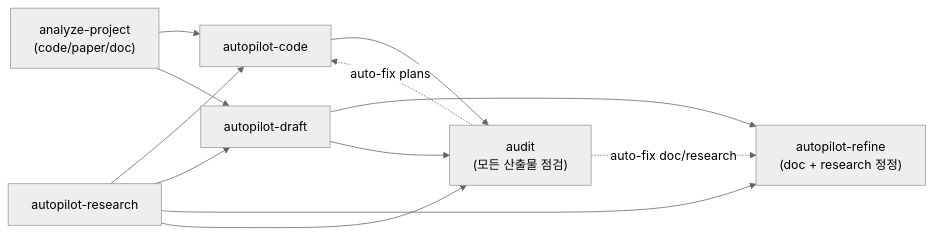
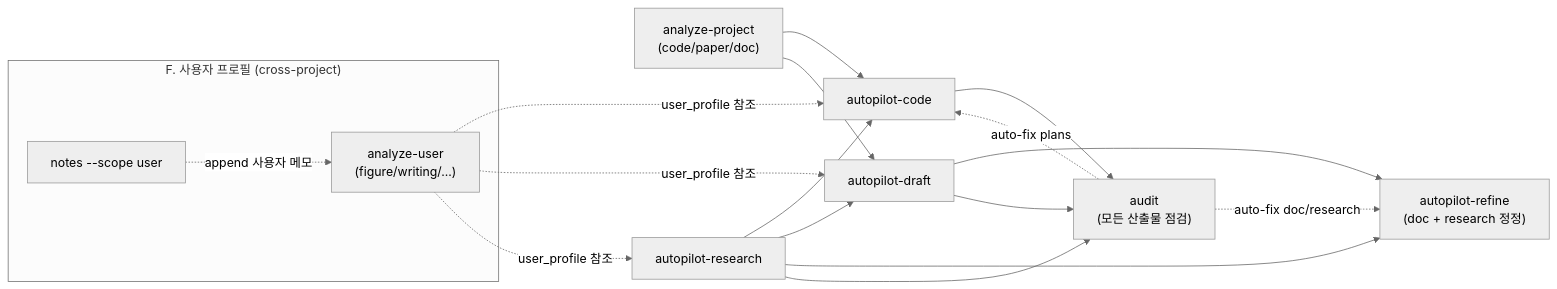
Before and after one commit to dmlguq456/agent_setting: the first of 2 diagrams in README.md, drawn with Mermaid (neutral theme). The commit also changed other lines of this file and 3 other files, not shown here.

First line of the commit message:
fix(editorial+analyze-user): 편집팀 범위 좁힘 + analyze-user 3-instance consensus

````diff
--- a/README.md
+++ b/README.md
@@ -13,20 +13,28 @@
 ```mermaid
 flowchart LR
+    subgraph UP["F. 사용자 프로필 (cross-project)"]
+        AU["analyze-user<br/>(figure/writing/...)"]
+        NT["notes --scope user"]
+    end
     ANA["analyze-project<br/>(code/paper/doc)"]
     RES["autopilot-research"]
     CODE["autopilot-code"]
     DOC["autopilot-draft"]
     REF["autopilot-refine<br/>(doc + research 정정)"]
     AUD["audit<br/>(모든 산출물 점검)"]
     ANA --> CODE
     ANA --> DOC
     RES --> CODE
     RES --> DOC
     RES --> REF
     DOC --> REF
     RES --> AUD
     DOC --> AUD
     CODE --> AUD
     AUD -.->|auto-fix doc/research| REF
     AUD -.->|auto-fix plans| CODE
+    AU -.->|user_profile 참조| CODE
+    AU -.->|user_profile 참조| DOC
+    AU -.->|user_profile 참조| RES
+    NT -.->|append 사용자 메모| AU
 ```
````
